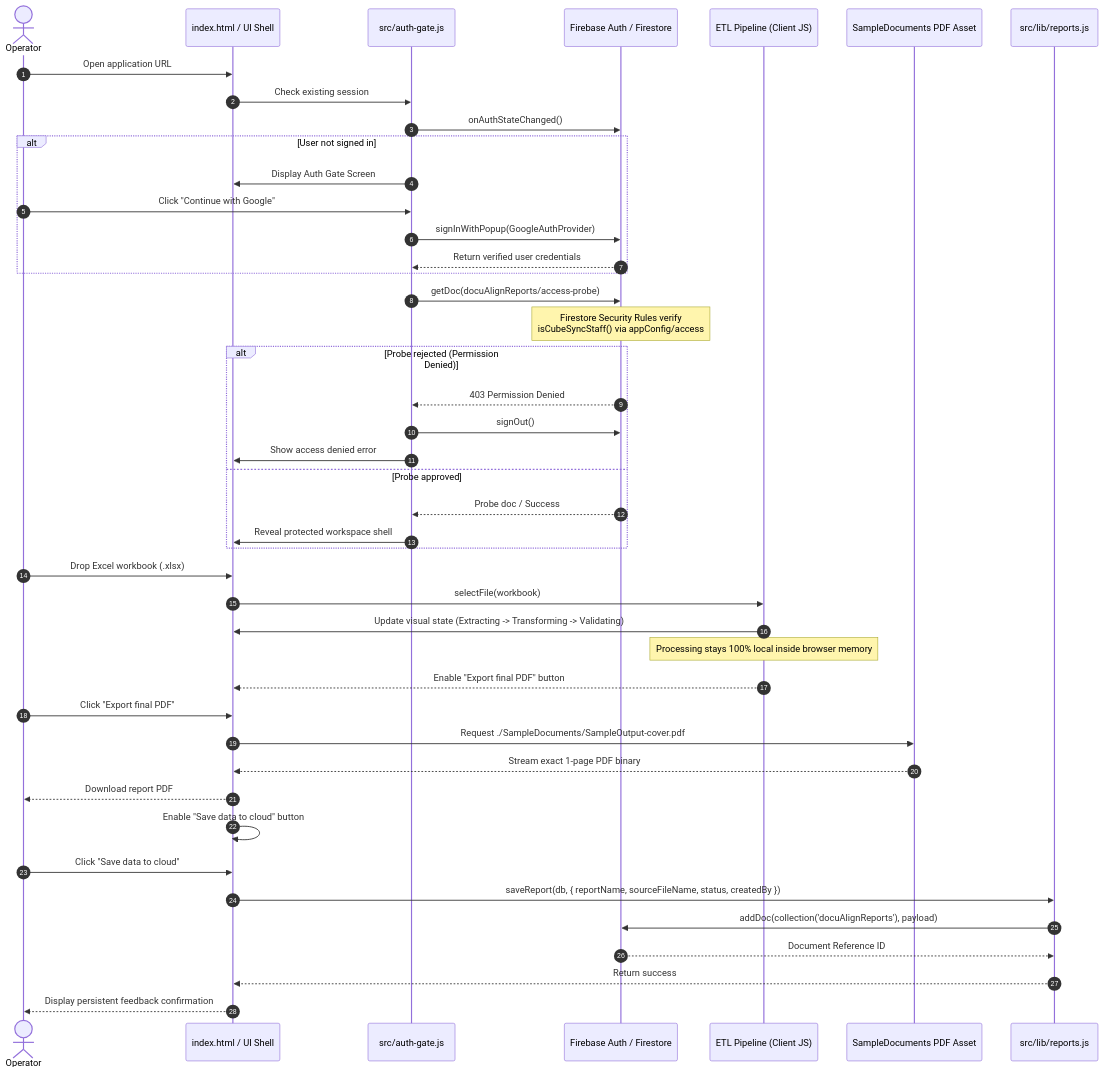
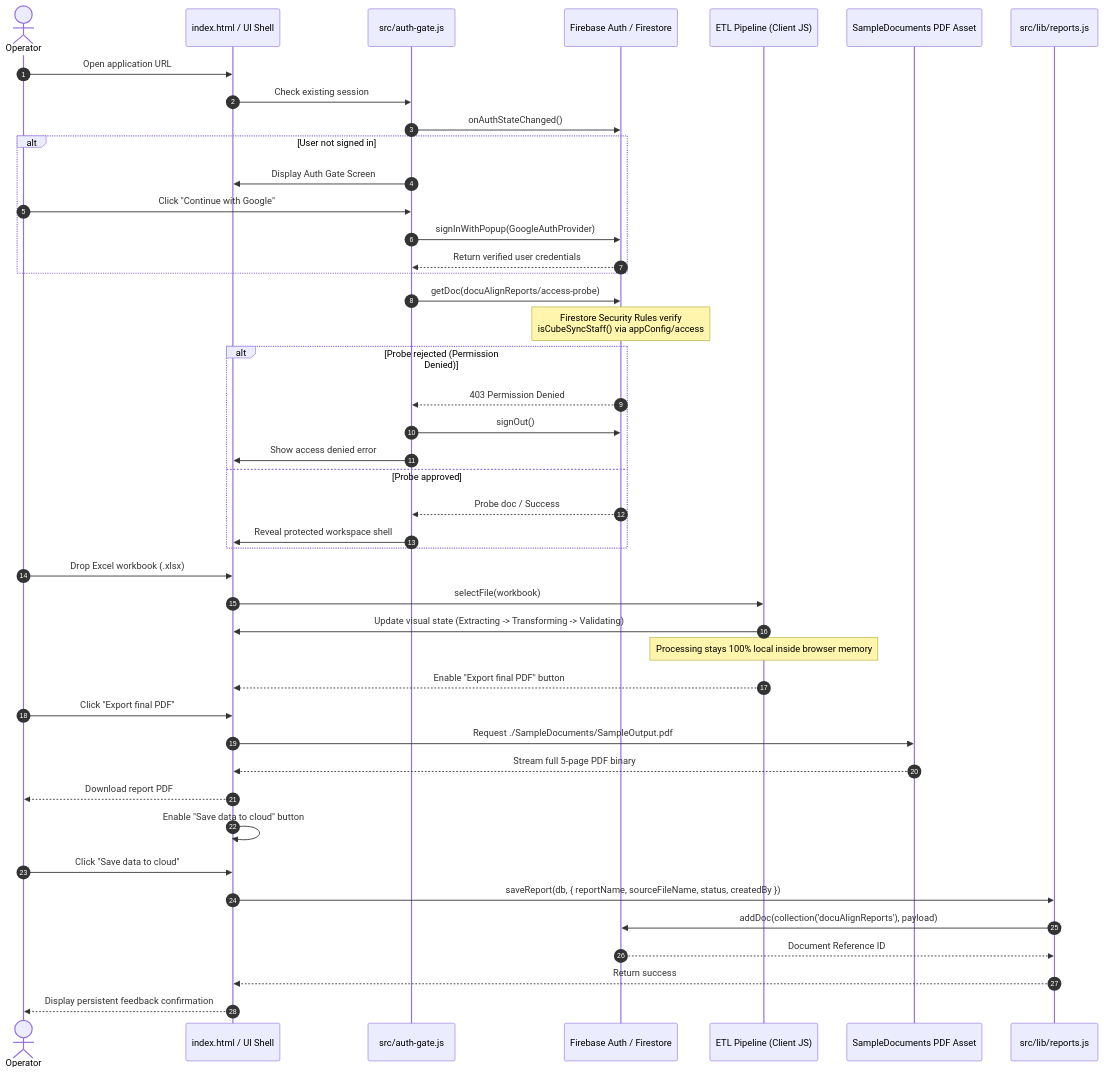
The third of 4 diagrams in design.md (Yanguangchen/DocuAlign), drawn with Mermaid before and after one commit. The commit also changed other lines of this file and 3 other files, not shown here.

Commit message:
fix: update PDF export references and mapping notes for full report format

````diff
--- a/design.md
+++ b/design.md
@@ -125,51 +125,51 @@
 ```mermaid
 sequenceDiagram
     autonumber
     actor User as Operator
     participant UI as index.html / UI Shell
     participant Auth as src/auth-gate.js
     participant Firebase as Firebase Auth / Firestore
     participant ETL as ETL Pipeline (Client JS)
     participant Asset as SampleDocuments PDF Asset
     participant Store as src/lib/reports.js
 
     User->>UI: Open application URL
     UI->>Auth: Check existing session
     Auth->>Firebase: onAuthStateChanged()
     alt User not signed in
         Auth->>UI: Display Auth Gate Screen
         User->>Auth: Click "Continue with Google"
         Auth->>Firebase: signInWithPopup(GoogleAuthProvider)
         Firebase-->>Auth: Return verified user credentials
     end
     
     Auth->>Firebase: getDoc(docuAlignReports/access-probe)
     Note over Firebase: Firestore Security Rules verify<br/>isCubeSyncStaff() via appConfig/access
     alt Probe rejected (Permission Denied)
         Firebase-->>Auth: 403 Permission Denied
         Auth->>Firebase: signOut()
         Auth->>UI: Show access denied error
     else Probe approved
         Firebase-->>Auth: Probe doc / Success
         Auth->>UI: Reveal protected workspace shell
     end
 
     User->>UI: Drop Excel workbook (.xlsx)
     UI->>ETL: selectFile(workbook)
     ETL->>UI: Update visual state (Extracting -> Transforming -> Validating)
     Note over ETL: Processing stays 100% local inside browser memory
     ETL-->>UI: Enable "Export final PDF" button
 
     User->>UI: Click "Export final PDF"
-    UI->>Asset: Request ./SampleDocuments/SampleOutput-cover.pdf
-    Asset-->>UI: Stream exact 1-page PDF binary
+    UI->>Asset: Request ./SampleDocuments/SampleOutput.pdf
+    Asset-->>UI: Stream full 5-page PDF binary
     UI-->>User: Download report PDF
     UI->>UI: Enable "Save data to cloud" button
 
     User->>UI: Click "Save data to cloud"
     UI->>Store: saveReport(db, { reportName, sourceFileName, status, createdBy })
     Store->>Firebase: addDoc(collection('docuAlignReports'), payload)
     Firebase-->>Store: Document Reference ID
     Store-->>UI: Return success
     UI-->>User: Display persistent feedback confirmation
 ```
````
